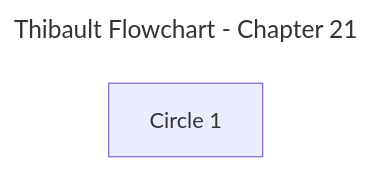
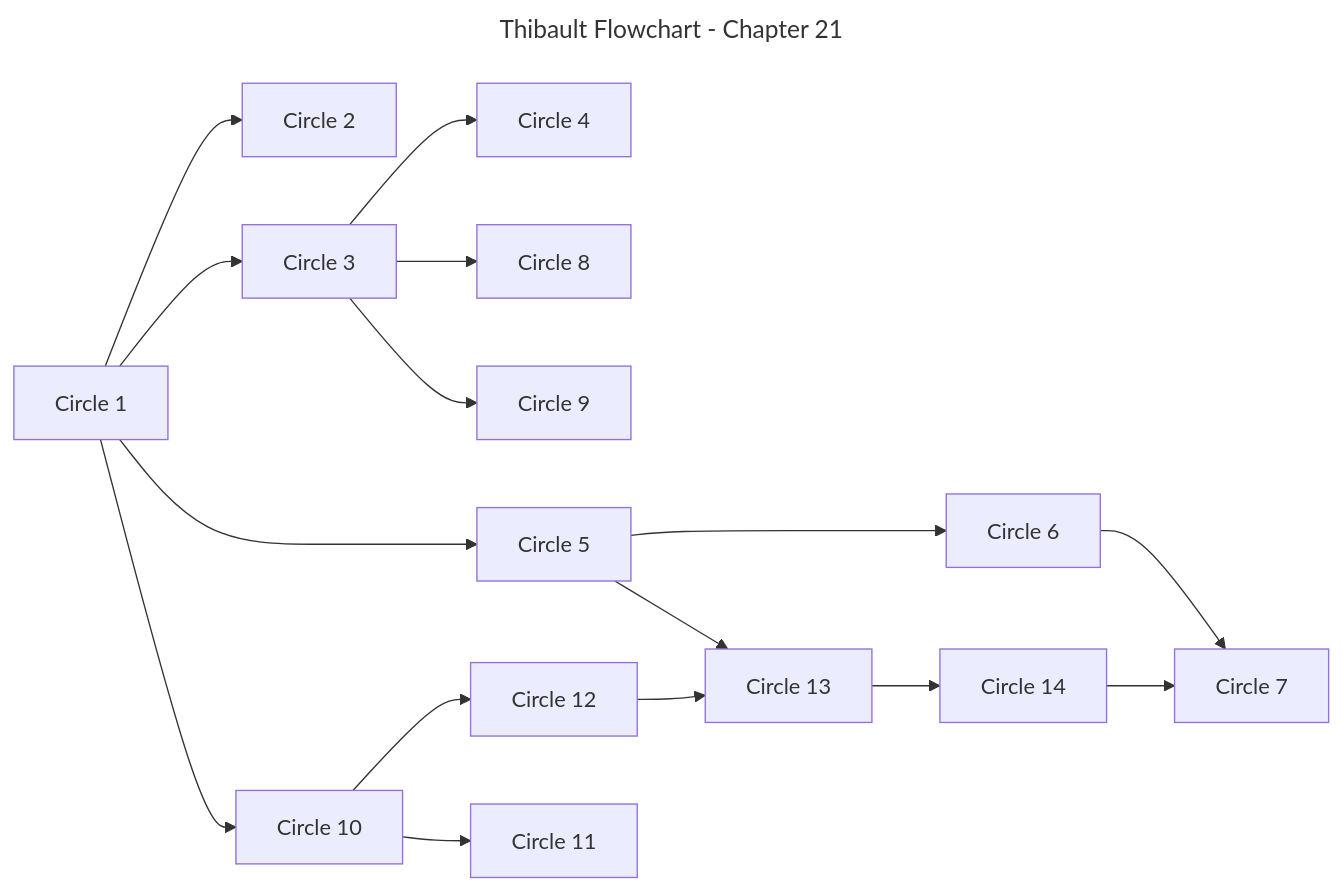
One commit to aquesnel/thibault-flowchart changed the diagram in flowchart-per-chapter/chapter-21.mmd. Above: the diagram before and after it, drawn with Mermaid.

Commit message:
feat(ch21): initial flowchart of the circles

```diff
--- a/flowchart-per-chapter/chapter-21.mmd
+++ b/flowchart-per-chapter/chapter-21.mmd
@@ -1,10 +1,40 @@
 ---
 title: Thibault Flowchart - Chapter 21
 config:
   layout: dagre
   flowchart:
     htmlLabels: false
 ---
 flowchart LR
 	%% Nodes
 	B1_T21_C01["Circle 1"]
+	B1_T21_C02["Circle 2"]
+	B1_T21_C03["Circle 3"]
+	B1_T21_C04["Circle 4"]
+	B1_T21_C05["Circle 5"]
+	B1_T21_C06["Circle 6"]
+	B1_T21_C07["Circle 7"]
+	B1_T21_C08["Circle 8"]
+	B1_T21_C09["Circle 9"]
+	B1_T21_C10["Circle 10"]
+	B1_T21_C11["Circle 11"]
+	B1_T21_C12["Circle 12"]
+	B1_T21_C13["Circle 13"]
+	B1_T21_C14["Circle 14"]
+
+	%% Edges
+	B1_T21_C01 --> B1_T21_C02
+	B1_T21_C01 --> B1_T21_C03
+	B1_T21_C03 --> B1_T21_C04
+	B1_T21_C01 --> B1_T21_C05
+	B1_T21_C05 --> B1_T21_C06
+	B1_T21_C06 --> B1_T21_C07
+	B1_T21_C03 --> B1_T21_C08
+	B1_T21_C03 --> B1_T21_C09
+	B1_T21_C01 --> B1_T21_C10
+	B1_T21_C10 --> B1_T21_C12
+	B1_T21_C10 --> B1_T21_C11
+	B1_T21_C12 --> B1_T21_C13
+	B1_T21_C13 --> B1_T21_C14
+	B1_T21_C05 --> B1_T21_C13
+	B1_T21_C14 --> B1_T21_C07
```
